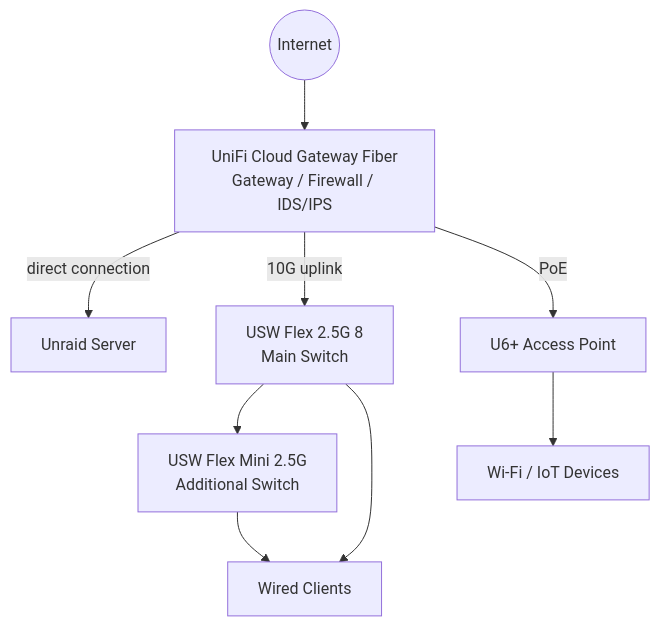
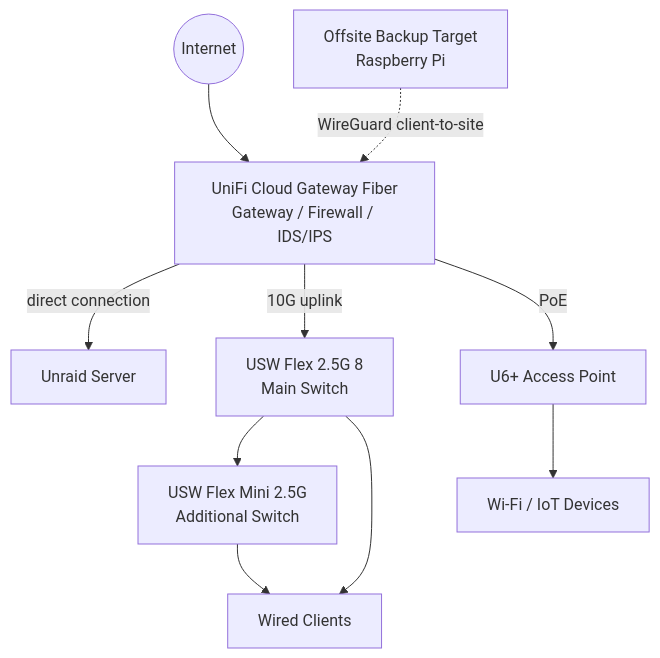
Before and after one commit to ThomasMann2001/HeimServer-Projekt: the first of 2 diagrams in docs/network-roadmap.md, drawn with Mermaid. The commit also changed other lines of this file, not shown here.

First line of the commit message:
Revise network roadmap with new details and clarifications

````diff
--- a/docs/network-roadmap.md
+++ b/docs/network-roadmap.md
@@ -47,20 +54,22 @@
 ```mermaid
 flowchart TD
     Internet((Internet))
     UCG["UniFi Cloud Gateway Fiber<br/>Gateway / Firewall / IDS/IPS"]
     Flex8["USW Flex 2.5G 8<br/>Main Switch"]
     FlexMini["USW Flex Mini 2.5G<br/>Additional Switch"]
     AP["U6+ Access Point"]
     Unraid["Unraid Server"]
     WiredClients["Wired Clients"]
     WiFiClients["Wi-Fi / IoT Devices"]
+    Offsite["Offsite Backup Target<br/>Raspberry Pi"]
 
     Internet --> UCG
     UCG -->|"direct connection"| Unraid
     UCG -->|"10G uplink"| Flex8
     UCG -->|"PoE"| AP
     Flex8 --> FlexMini
     Flex8 --> WiredClients
     FlexMini --> WiredClients
     AP --> WiFiClients
+    Offsite -.->|"WireGuard client-to-site"| UCG
 ```
````
